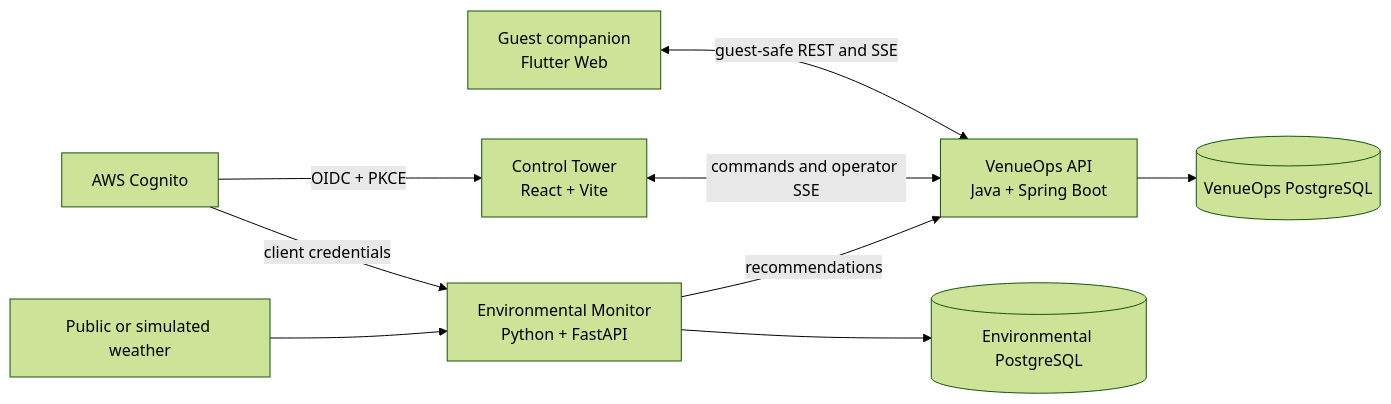
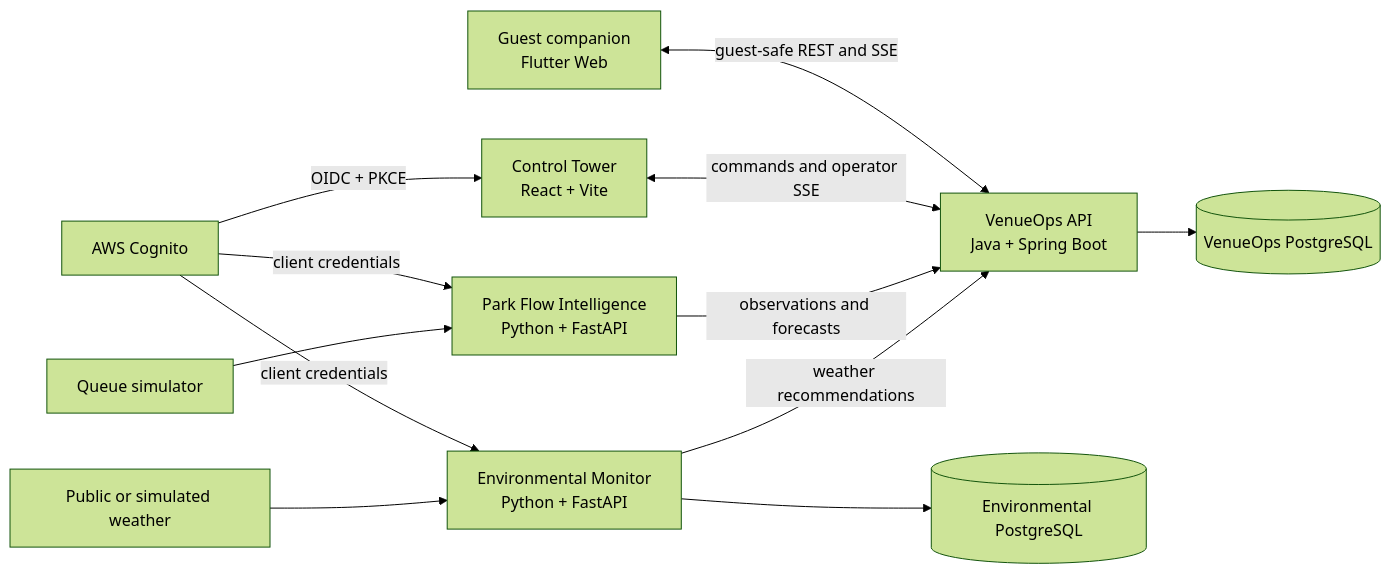
Before and after one commit to deanwagman/lumen-marsh: the diagram in README.md, drawn with Mermaid (forest theme). The commit also changed other lines of this file and 25 other files, not shown here.

````diff
--- a/README.md
+++ b/README.md
@@ -19,11 +22,14 @@
 ```mermaid
 flowchart LR
     Weather[Public or simulated weather] --> Monitor[Environmental Monitor\nPython + FastAPI]
-    Monitor -->|recommendations| API[VenueOps API\nJava + Spring Boot]
+    Queues[Queue simulator] --> Flow[Park Flow Intelligence\nPython + FastAPI]
+    Monitor -->|weather recommendations| API[VenueOps API\nJava + Spring Boot]
+    Flow -->|observations and forecasts| API
     Console[Control Tower\nReact + Vite] <-->|commands and operator SSE| API
     Guest[Guest companion\nFlutter Web] <-->|guest-safe REST and SSE| API
     API --> VenueDB[(VenueOps PostgreSQL)]
     Monitor --> EnvDB[(Environmental PostgreSQL)]
     Cognito[AWS Cognito] -->|OIDC + PKCE| Console
     Cognito -->|client credentials| Monitor
+    Cognito -->|client credentials| Flow
 ```
````
